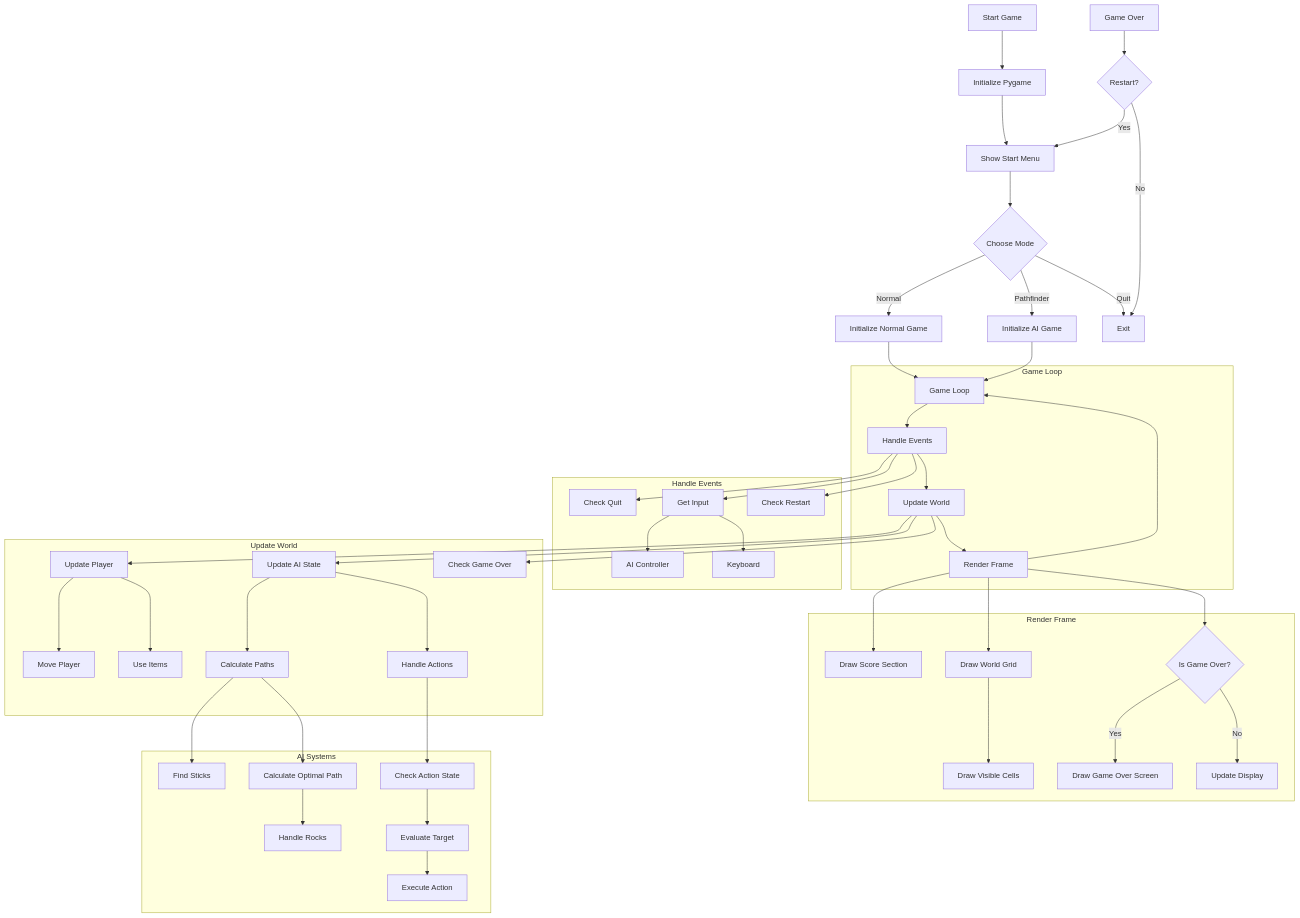
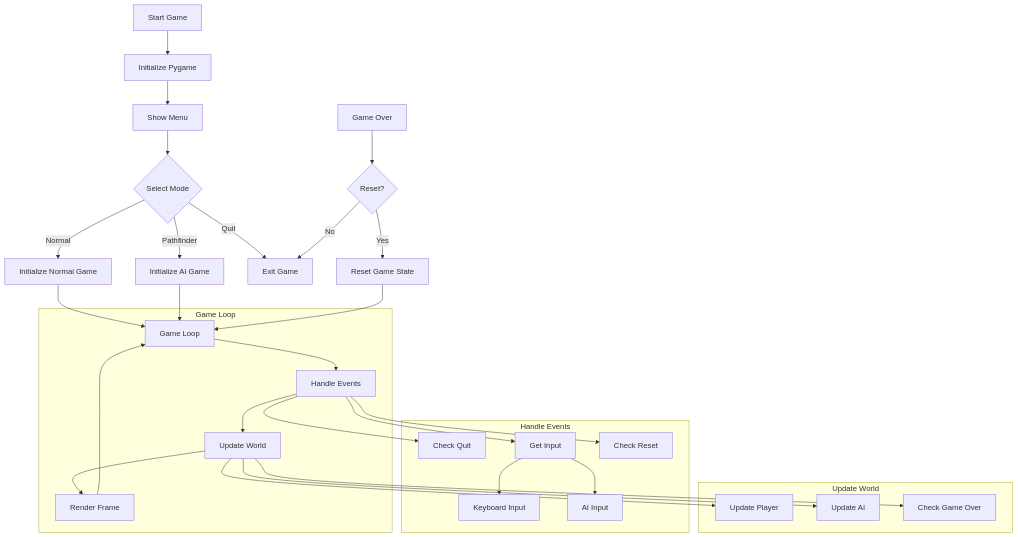
The diagram in flows/project.mermaid (KoldenAxelson/cave-in), drawn with Mermaid before and after one commit.

Commit message:
Project Flow: Simplified

```diff
--- a/flows/project.mermaid
+++ b/flows/project.mermaid
@@ -1,58 +1,37 @@
 graph TD
-    A[Start Game] --> B1[Initialize Pygame]
-    B1 --> B2[Show Start Menu]
-    B2 --> B3{Choose Mode}
+    A[Start Game] --> B[Initialize Pygame]
+    B --> C[Show Menu]
     
-    B3 -->|Normal| C1[Initialize Normal Game]
-    B3 -->|Pathfinder| C2[Initialize AI Game]
-    B3 -->|Quit| Z[Exit]
+    C --> D{Select Mode}
+    D -->|Normal| E1[Initialize Normal Game]
+    D -->|Pathfinder| E2[Initialize AI Game]
+    D -->|Quit| Q[Exit Game]
     
-    C1 --> D[Game Loop]
-    C2 --> D
+    E1 --> F[Game Loop]
+    E2 --> F
     
     subgraph Game Loop
-        D --> E[Handle Events]
-        E --> F[Update World]
-        F --> G[Render Frame]
-        G --> D
+        F --> G[Handle Events]
+        G --> H[Update World]
+        H --> I[Render Frame]
+        I --> F
     end
     
     subgraph Handle Events
-        E --> E1[Check Quit]
-        E --> E2[Get Input]
-        E2 --> E2a[AI Controller]
-        E2 --> E2b[Keyboard]
-        E --> E3[Check Restart]
+        G --> G1[Check Quit]
+        G --> G2[Get Input]
+        G2 --> G2a[Keyboard Input]
+        G2 --> G2b[AI Input]
+        G --> G3[Check Reset]
     end
     
     subgraph Update World
-        F --> F1[Update Player]
-        F1 --> F2[Move Player]
-        F1 --> F3[Use Items]
-        F --> F4[Update AI State]
-        F4 --> F4a[Calculate Paths]
-        F4 --> F4b[Handle Actions]
-        F --> F5[Check Game Over]
+        H --> H1[Update Player]
+        H --> H2[Update AI]
+        H --> H3[Check Game Over]
     end
     
-    subgraph Render Frame
-        G --> G1[Draw Score Section]
-        G --> G2[Draw World Grid]
-        G2 --> G3[Draw Visible Cells]
-        G --> G4{Is Game Over?}
-        G4 -->|Yes| G5[Draw Game Over Screen]
-        G4 -->|No| G6[Update Display]
-    end
-    
-    H[Game Over] --> I{Restart?}
-    I -->|Yes| B2
-    I -->|No| Z
-
-    subgraph AI Systems
-        F4a --> P1[Find Sticks]
-        F4a --> P2[Calculate Optimal Path]
-        P2 --> P3[Handle Rocks]
-        F4b --> A1[Check Action State]
-        A1 --> A2[Evaluate Target]
-        A2 --> A3[Execute Action]
-    end
+    J[Game Over] --> K{Reset?}
+    K -->|Yes| L[Reset Game State]
+    L --> F
+    K -->|No| Q
```
